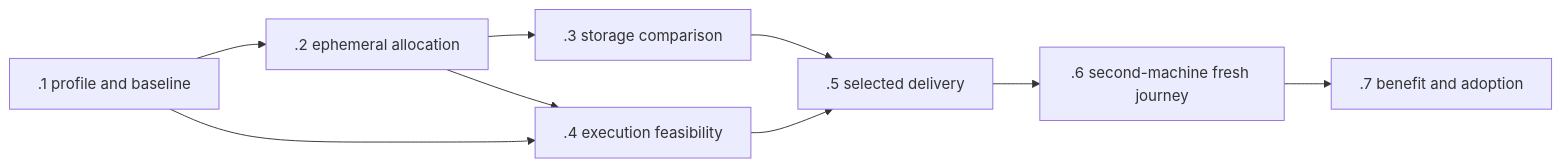
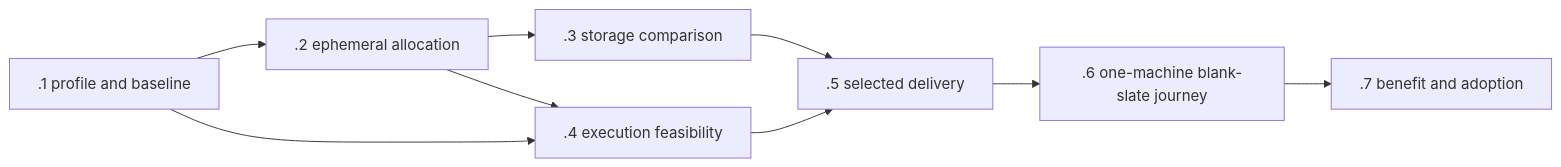
Before and after one commit to FS-GG/.github: the diagram in docs/roadmaps/2026-10-13-provisioned-podman-execution.md, drawn with Mermaid. The commit also changed other lines of this file, not shown here.

First line of the commit message:
docs(roadmap): V3-ENV-01.6 is one-machine blank slate and recovery, no second machine (Refs #4821)

````diff
--- a/docs/roadmaps/2026-10-13-provisioned-podman-execution.md
+++ b/docs/roadmaps/2026-10-13-provisioned-podman-execution.md
@@ -246,11 +249,11 @@
 ```mermaid
 flowchart LR
     A[.1 profile and baseline] --> B[.2 ephemeral allocation]
     B --> C[.3 storage comparison]
     A --> D[.4 execution feasibility]
     B --> D
     C --> E[.5 selected delivery]
     D --> E
-    E --> F[.6 second-machine fresh journey]
+    E --> F[.6 one-machine blank-slate journey]
     F --> G[.7 benefit and adoption]
 ```
````
